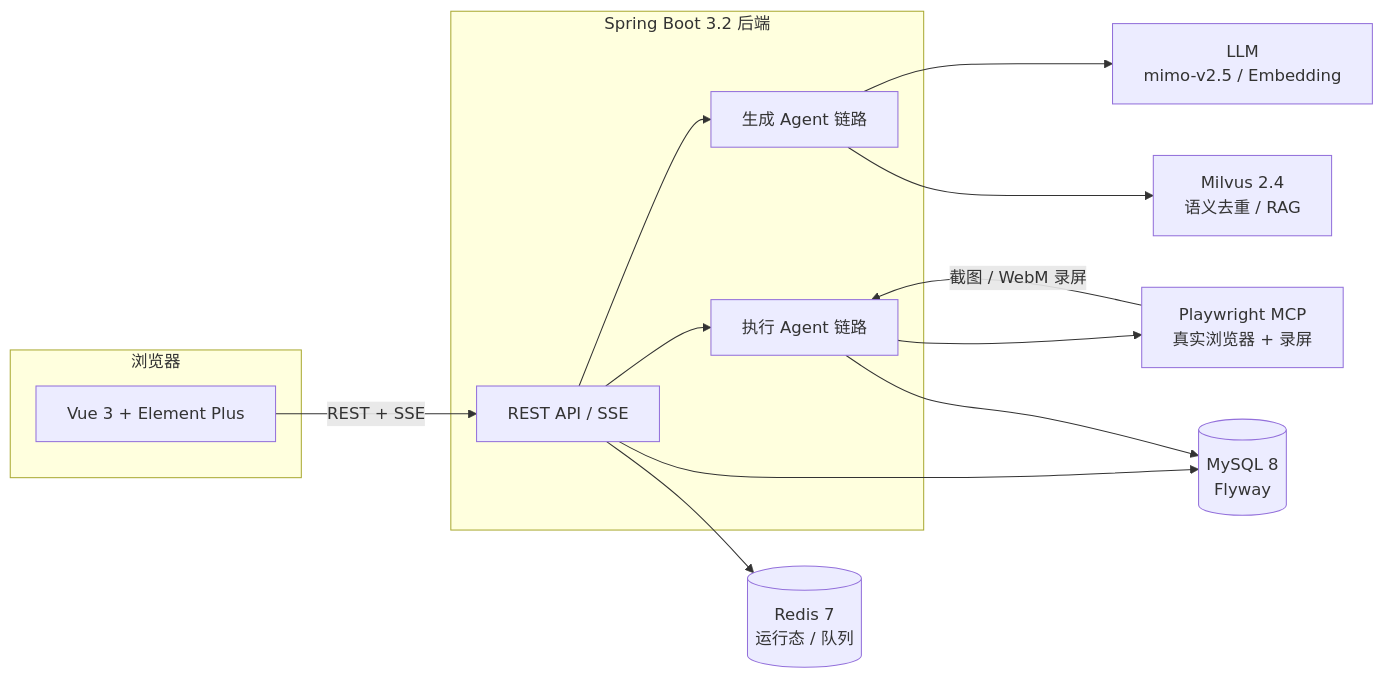
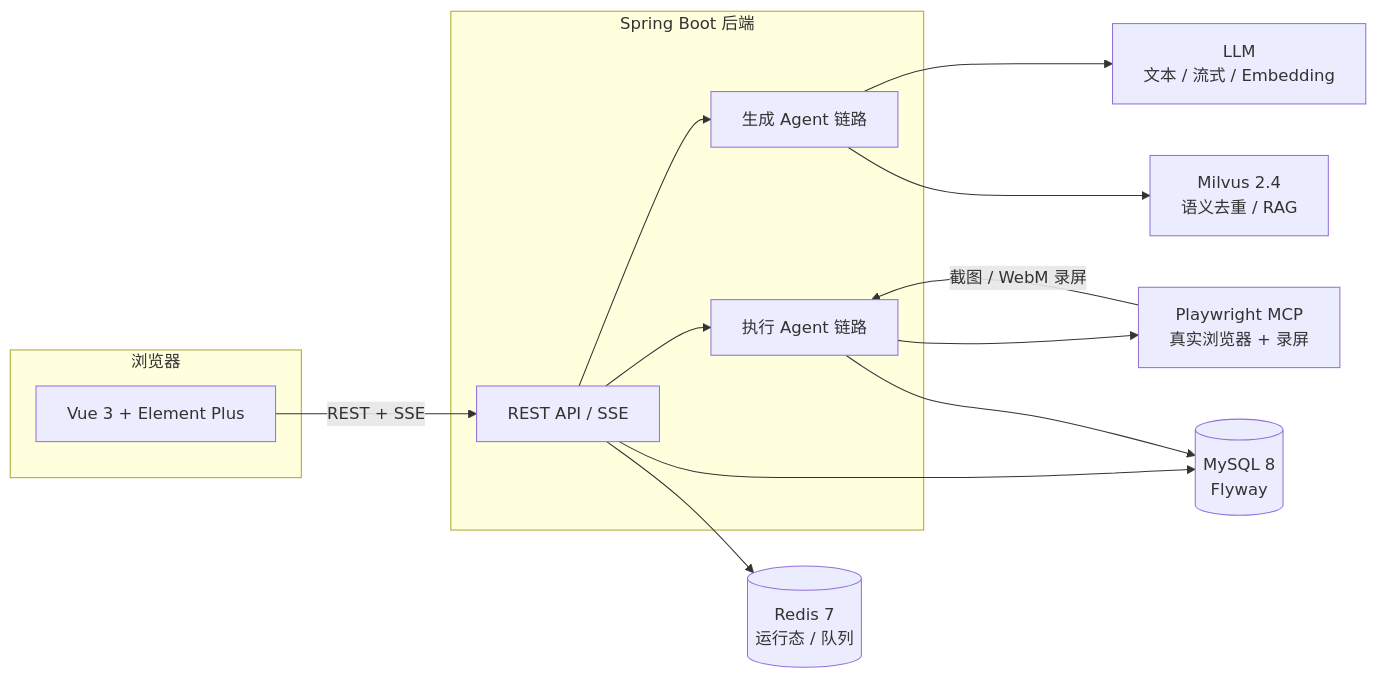
Before and after one commit to BambooFishhh/AICaseTest: the diagram in README.md, drawn with Mermaid. The commit also changed other lines of this file, not shown here.

Commit message:
docs: README 精简重构+事实校准 - 与代码对齐：Spring Boot 3.2→3.4(实际3.4.5)、前端测试7→10(实测)、本地开发删除过时的'默认admin/admin123'(v8.9.4起四把安全密钥全profile必填+首登强制改密) - 精简：版本线大表折叠进<details>、删30+版本详述bullets(留v9.x四条+链接CHANGELOG)、可选环境变量清单收敛到.env.example、核心能力合并为8条 - 结构：徽章/架构mermaid/快速开始/执行要点/测试运维/项目结构/文档导航

````diff
--- a/README.md
+++ b/README.md
@@ -18,27 +20,27 @@
 ```mermaid
 flowchart LR
     subgraph client["浏览器"]
         FE["Vue 3 + Element Plus"]
     end
-    subgraph backend["Spring Boot 3.2 后端"]
+    subgraph backend["Spring Boot 后端"]
         API["REST API / SSE"]
         GEN["生成 Agent 链路"]
         EXEC["执行 Agent 链路"]
     end
-    LLM["LLM<br/>mimo-v2.5 / Embedding"]
+    LLM["LLM<br/>文本 / 流式 / Embedding"]
     MILVUS["Milvus 2.4<br/>语义去重 / RAG"]
     DB[("MySQL 8<br/>Flyway")]
     REDIS[("Redis 7<br/>运行态 / 队列")]
     PW["Playwright MCP<br/>真实浏览器 + 录屏"]
 
     FE -->|REST + SSE| API
     API --> GEN
     API --> EXEC
     GEN --> LLM
     GEN --> MILVUS
     EXEC --> PW
     PW -->|截图 / WebM 录屏| EXEC
     API --> DB
     API --> REDIS
     EXEC --> DB
 ```
````
